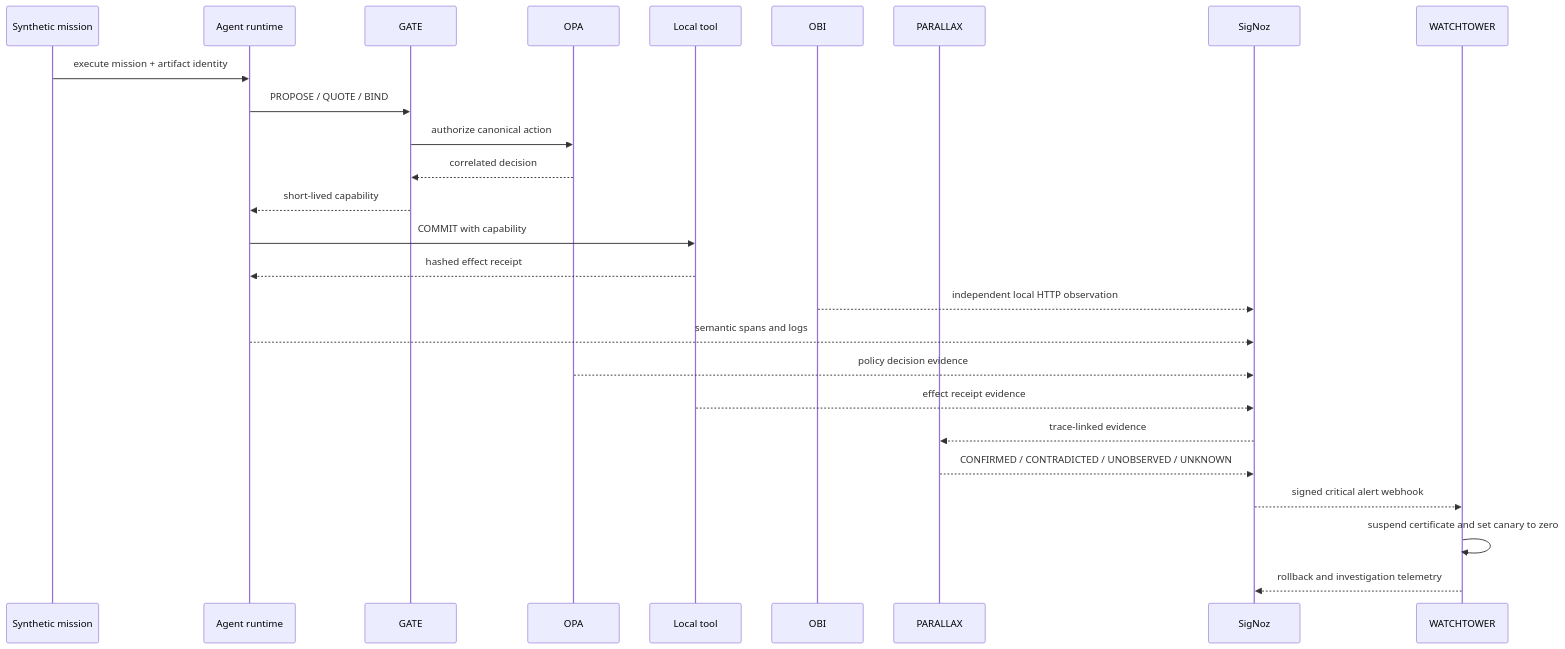
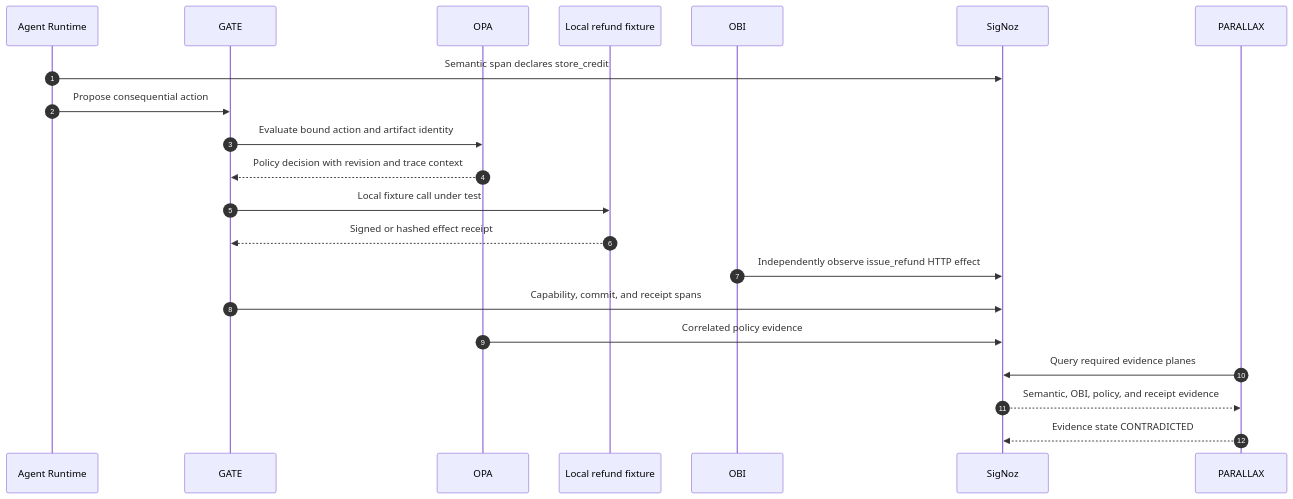
Before and after one commit to shobhit1kapoor/Orbital: the third of 7 diagrams in docs/architecture.md, drawn with Mermaid. The commit also changed other lines of this file and 6 other files, not shown here.

````diff
--- a/docs/architecture.md
+++ b/docs/architecture.md
@@ -5,29 +242,24 @@
 ```mermaid
 sequenceDiagram
-    participant U as Synthetic mission
-    participant A as Agent runtime
+    autonumber
+    participant A as Agent Runtime
     participant G as GATE
-    participant O as OPA
-    participant T as Local tool
-    participant B as OBI
-    participant P as PARALLAX
+    participant P as OPA
+    participant T as Local refund fixture
+    participant O as OBI
     participant S as SigNoz
-    participant W as WATCHTOWER
+    participant X as PARALLAX
 
-    U->>A: execute mission + artifact identity
-    A->>G: PROPOSE / QUOTE / BIND
-    G->>O: authorize canonical action
-    O-->>G: correlated decision
-    G-->>A: short-lived capability
-    A->>T: COMMIT with capability
-    T-->>A: hashed effect receipt
-    B-->>S: independent local HTTP observation
-    A-->>S: semantic spans and logs
-    O-->>S: policy decision evidence
-    T-->>S: effect receipt evidence
-    S-->>P: trace-linked evidence
-    P-->>S: CONFIRMED / CONTRADICTED / UNOBSERVED / UNKNOWN
-    S-->>W: signed critical alert webhook
-    W->>W: suspend certificate and set canary to zero
-    W-->>S: rollback and investigation telemetry
+    A->>S: Semantic span declares store_credit
+    A->>G: Propose consequential action
+    G->>P: Evaluate bound action and artifact identity
+    P-->>G: Policy decision with revision and trace context
+    G->>T: Local fixture call under test
+    T-->>G: Signed or hashed effect receipt
+    O->>S: Independently observe issue_refund HTTP effect
+    G->>S: Capability, commit, and receipt spans
+    P->>S: Correlated policy evidence
+    X->>S: Query required evidence planes
+    S-->>X: Semantic, OBI, policy, and receipt evidence
+    X-->>S: Evidence state CONTRADICTED
 ```
````
